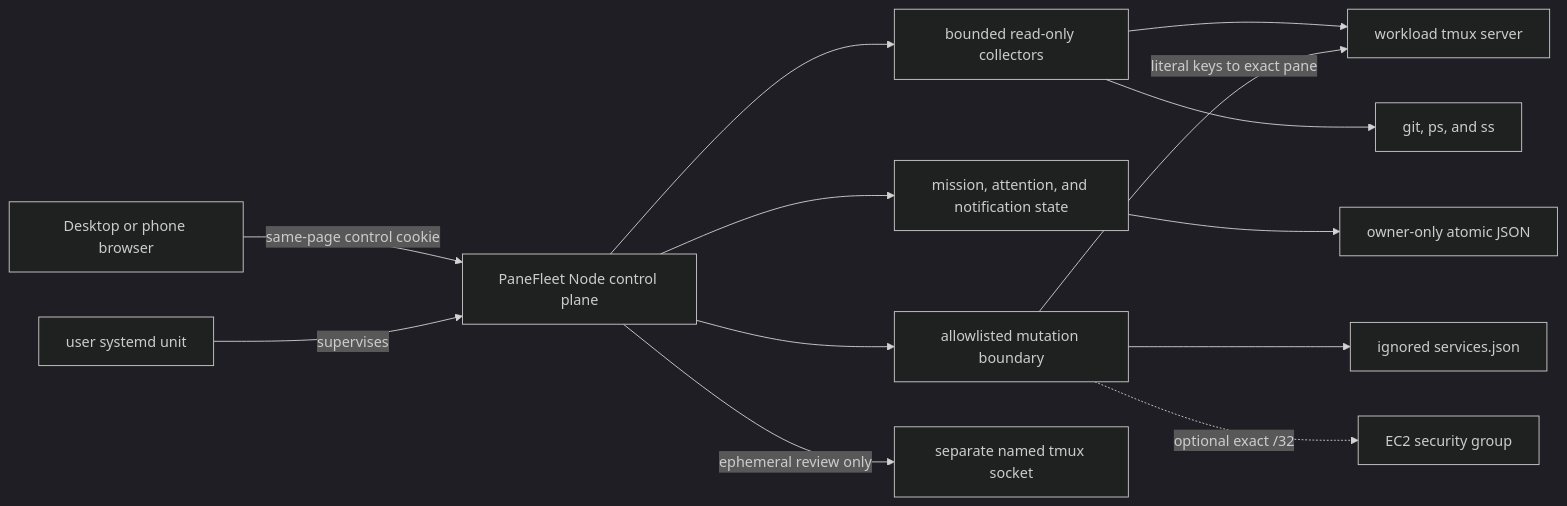
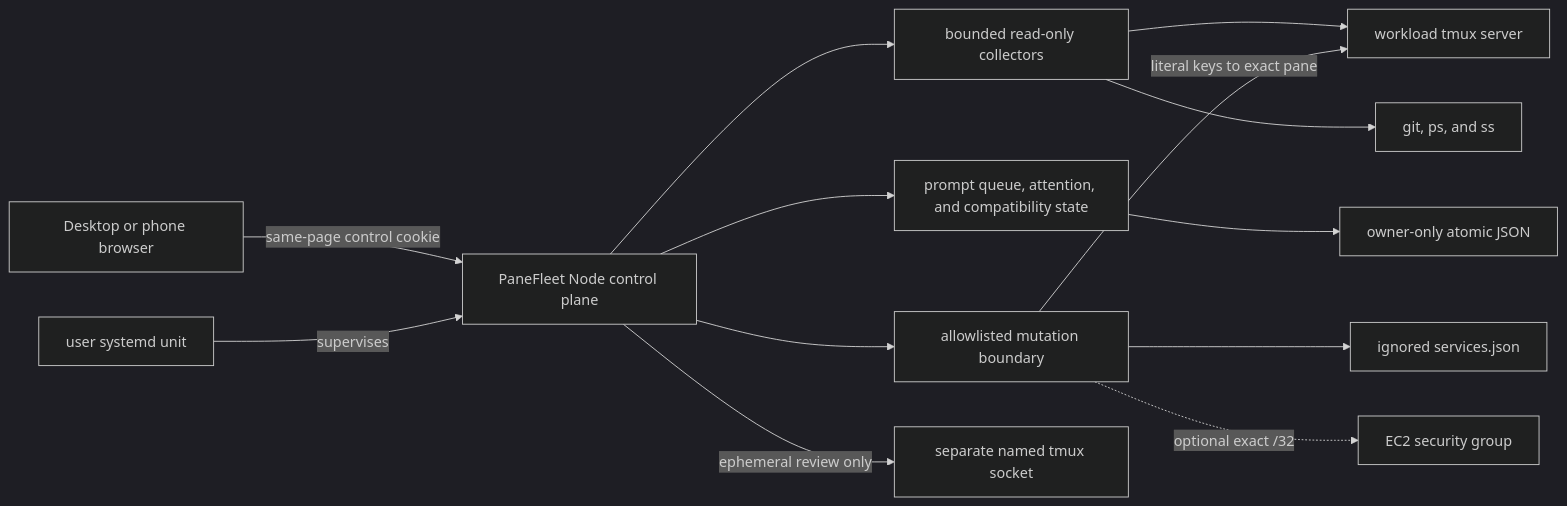
One commit to jmac4909/PaneFleet changed the diagram in README.md. Above: the diagram before and after it, drawn with Mermaid (dark theme). The commit also changed other lines of this file and 37 other files, not shown here.

````diff
--- a/README.md
+++ b/README.md
@@ -106,19 +119,19 @@
 ```mermaid
 flowchart LR
     Browser[Desktop or phone browser] -->|same-page control cookie| Control[PaneFleet Node control plane]
     Systemd[user systemd unit] -->|supervises| Control
 
     Control --> Collect[bounded read-only collectors]
     Collect --> Tmux[workload tmux server]
     Collect --> Host[git, ps, and ss]
 
-    Control --> Domain[mission, attention, and notification state]
+    Control --> Domain[prompt queue, attention, and compatibility state]
     Domain --> Data[owner-only atomic JSON]
 
     Control --> Guard[allowlisted mutation boundary]
     Guard -->|literal keys to exact pane| Tmux
     Guard --> Registry[ignored services.json]
     Guard -. optional exact /32 .-> Cloud[EC2 security group]
 
     Control -->|ephemeral review only| Review[separate named tmux socket]
 ```
````
